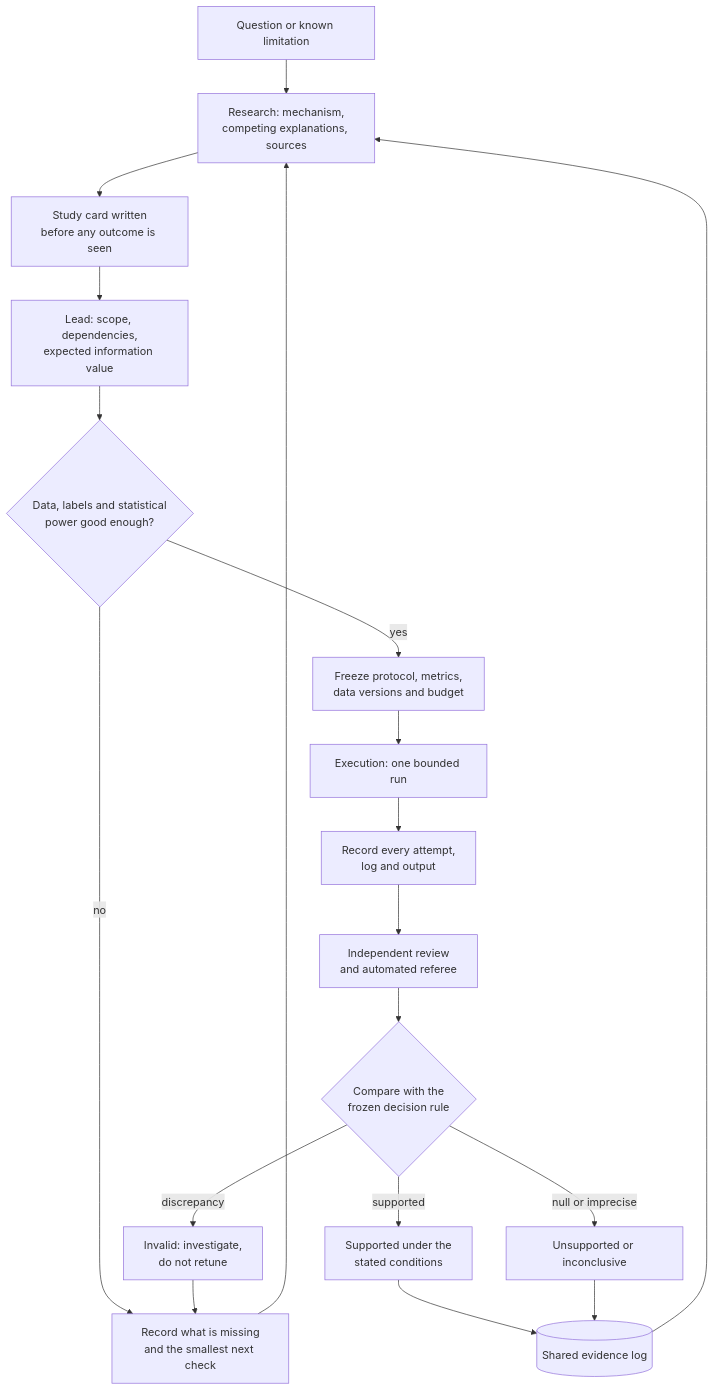
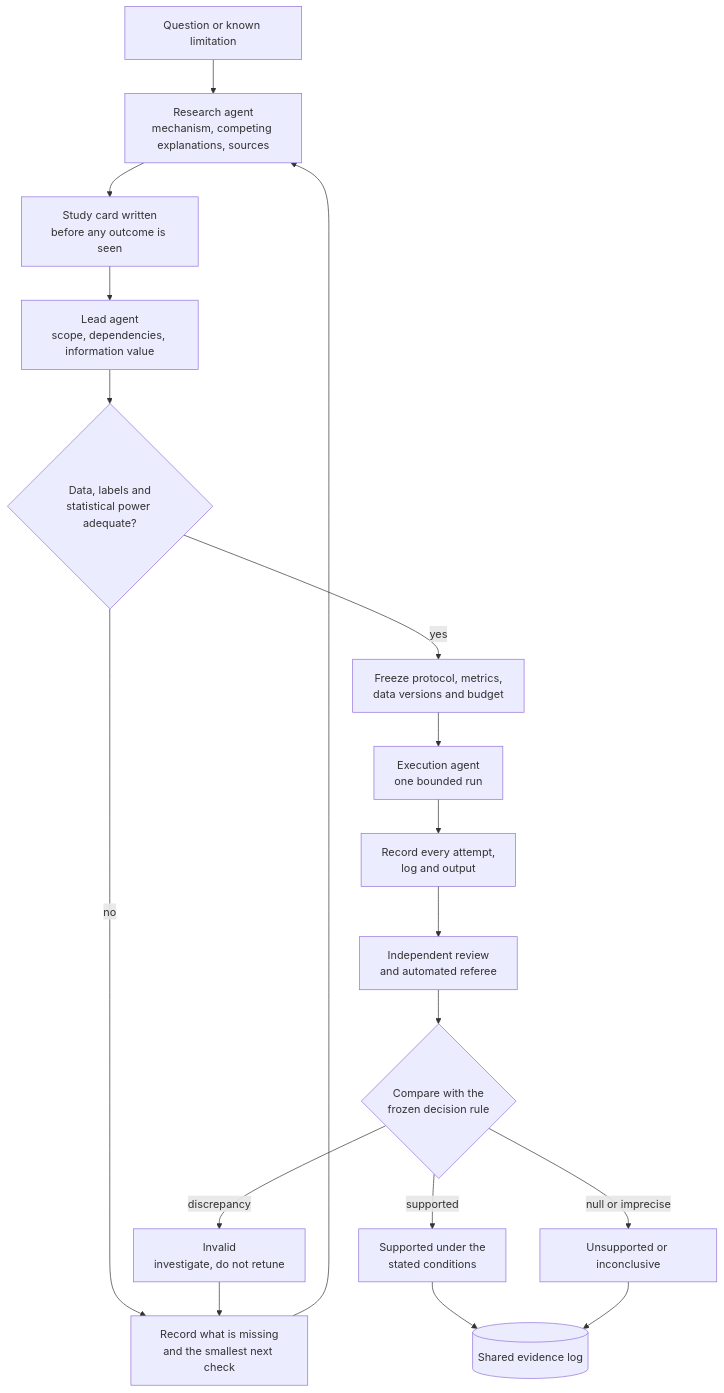
Before and after one commit to nicholas-yi/chronoledger: the diagram in docs/RESEARCH_PLAN.md, drawn with Mermaid.

Commit message:
Simplify the research-plan diagram for GitHub's Mermaid renderer

````diff
--- a/docs/RESEARCH_PLAN.md
+++ b/docs/RESEARCH_PLAN.md
@@ -15,21 +15,20 @@
 ```mermaid
 flowchart TD
-    Q["Question or known limitation"] --> R["Research: mechanism,<br/>competing explanations, sources"]
-    R --> C["Study card written<br/>before any outcome is seen"]
-    C --> S["Lead: scope, dependencies,<br/>expected information value"]
-    S --> D{"Data, labels and statistical<br/>power good enough?"}
-    D -->|no| G["Record what is missing<br/>and the smallest next check"]
-    G --> R
-    D -->|yes| F["Freeze protocol, metrics,<br/>data versions and budget"]
-    F --> X["Execution: one bounded run"]
-    X --> L["Record every attempt,<br/>log and output"]
-    L --> V["Independent review<br/>and automated referee"]
-    V --> O{"Compare with the<br/>frozen decision rule"}
-    O -->|supported| A["Supported under the<br/>stated conditions"]
-    O -->|null or imprecise| N["Unsupported or inconclusive"]
-    O -->|discrepancy| I["Invalid: investigate,<br/>do not retune"]
-    I --> G
-    A --> K[("Shared evidence log")]
-    N --> K
-    K --> R
+    question["Question or known limitation"] --> research["Research agent<br/>mechanism, competing explanations, sources"]
+    research --> card["Study card written<br/>before any outcome is seen"]
+    card --> scope["Lead agent<br/>scope, dependencies, information value"]
+    scope --> ready{"Data, labels and<br/>statistical power adequate?"}
+    ready -->|no| gap["Record what is missing<br/>and the smallest next check"]
+    gap --> research
+    ready -->|yes| freeze["Freeze protocol, metrics,<br/>data versions and budget"]
+    freeze --> run["Execution agent<br/>one bounded run"]
+    run --> record["Record every attempt,<br/>log and output"]
+    record --> review["Independent review<br/>and automated referee"]
+    review --> verdict{"Compare with the<br/>frozen decision rule"}
+    verdict -->|supported| supported["Supported under the<br/>stated conditions"]
+    verdict -->|null or imprecise| unsupported["Unsupported or inconclusive"]
+    verdict -->|discrepancy| invalid["Invalid<br/>investigate, do not retune"]
+    invalid --> gap
+    supported --> evidence[("Shared evidence log")]
+    unsupported --> evidence
 ```
````
